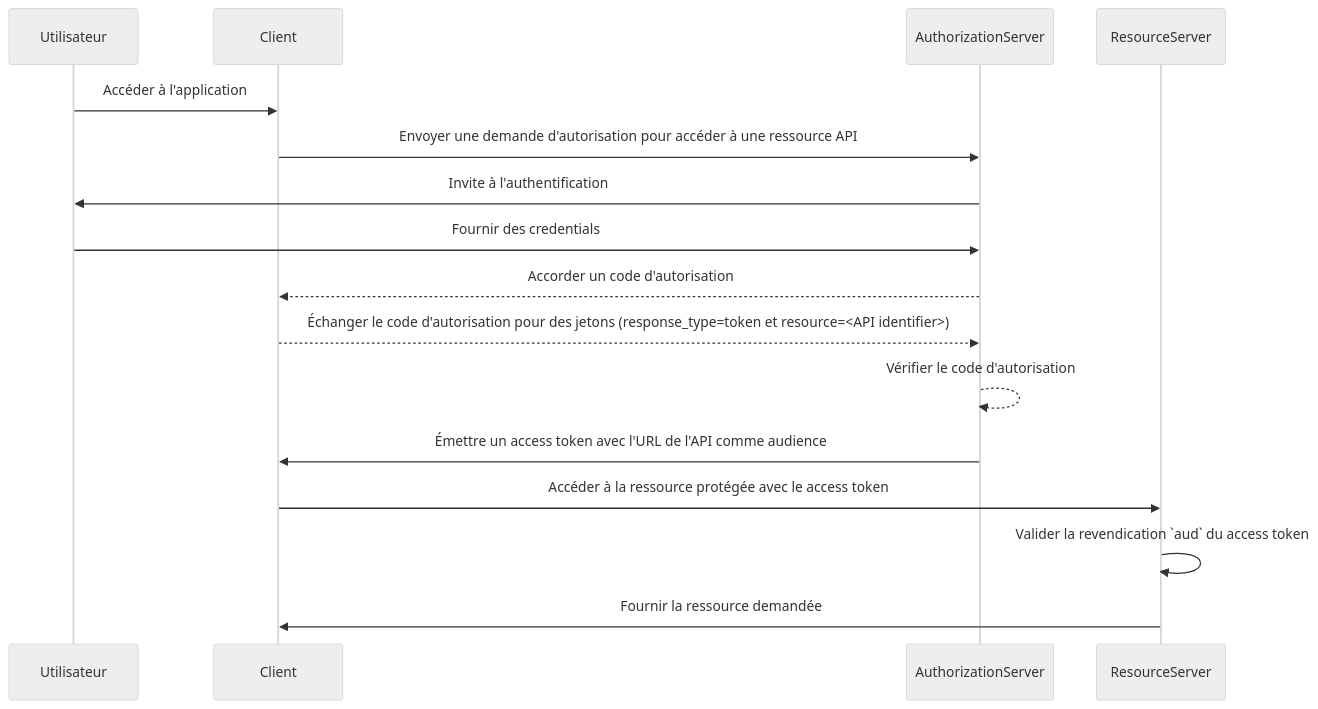
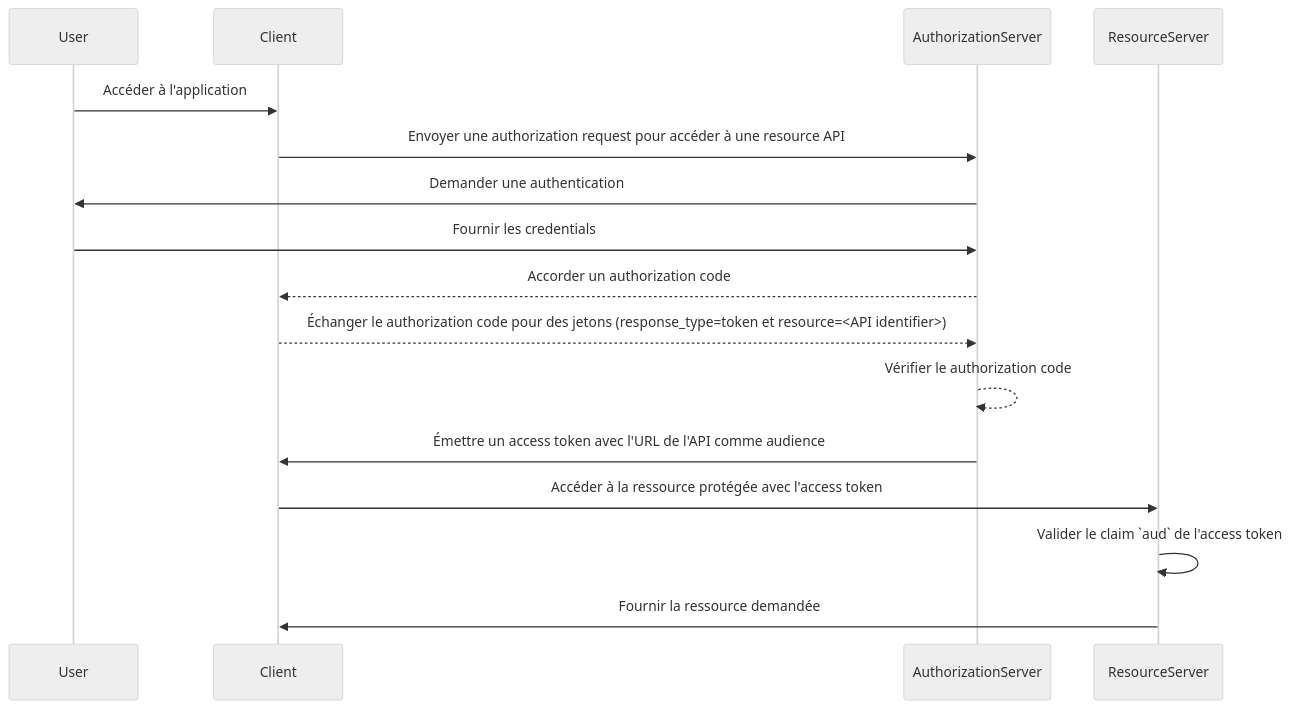
The second of 2 diagrams in src/content/terms/fr/audience.mdx (logto-io/auth-wiki), drawn with Mermaid (neutral theme) before and after one commit. The commit also changed other lines of this file and 48 other files, not shown here.

````diff
--- a/src/content/terms/fr/audience.mdx
+++ b/src/content/terms/fr/audience.mdx
@@ -93,19 +93,19 @@
 ```mermaid
 sequenceDiagram
-    participant Utilisateur
+    participant User
     participant Client
     participant AuthorizationServer
     participant ResourceServer
 
-    Utilisateur->>Client: Accéder à l'application
-    Client->>AuthorizationServer: Envoyer une demande d'autorisation pour accéder à une ressource API
-    AuthorizationServer->>Utilisateur: Invite à l'authentification
-    Utilisateur->>AuthorizationServer: Fournir des credentials
-    AuthorizationServer-->>Client: Accorder un code d'autorisation
-    Client-->>AuthorizationServer: Échanger le code d'autorisation pour des jetons (response_type=token et resource=<API identifier>)
-    AuthorizationServer-->>AuthorizationServer: Vérifier le code d'autorisation
+    User->>Client: Accéder à l'application
+    Client->>AuthorizationServer: Envoyer une authorization request pour accéder à une resource API
+    AuthorizationServer->>User: Demander une authentication
+    User->>AuthorizationServer: Fournir les credentials
+    AuthorizationServer-->>Client: Accorder un authorization code
+    Client-->>AuthorizationServer: Échanger le authorization code pour des jetons (response_type=token et resource=<API identifier>)
+    AuthorizationServer-->>AuthorizationServer: Vérifier le authorization code
     AuthorizationServer->>Client: Émettre un access token avec l'URL de l'API comme audience
-    Client->>ResourceServer: Accéder à la ressource protégée avec le access token
-    ResourceServer->>ResourceServer: Valider la revendication `aud` du access token
+    Client->>ResourceServer: Accéder à la ressource protégée avec l'access token
+    ResourceServer->>ResourceServer: Valider le claim `aud` de l'access token
     ResourceServer->>Client: Fournir la ressource demandée
 ```
````
